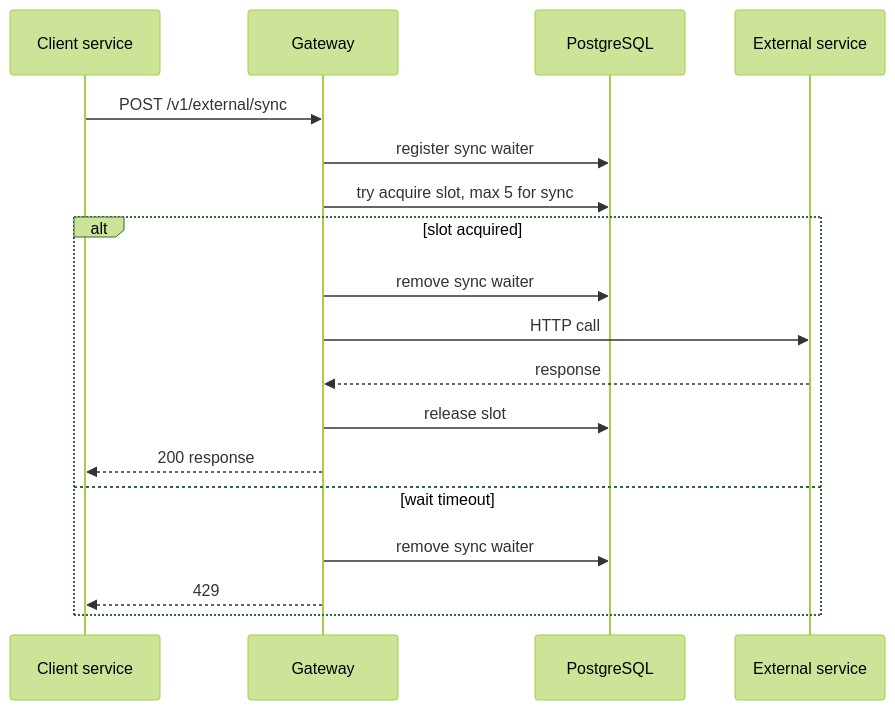
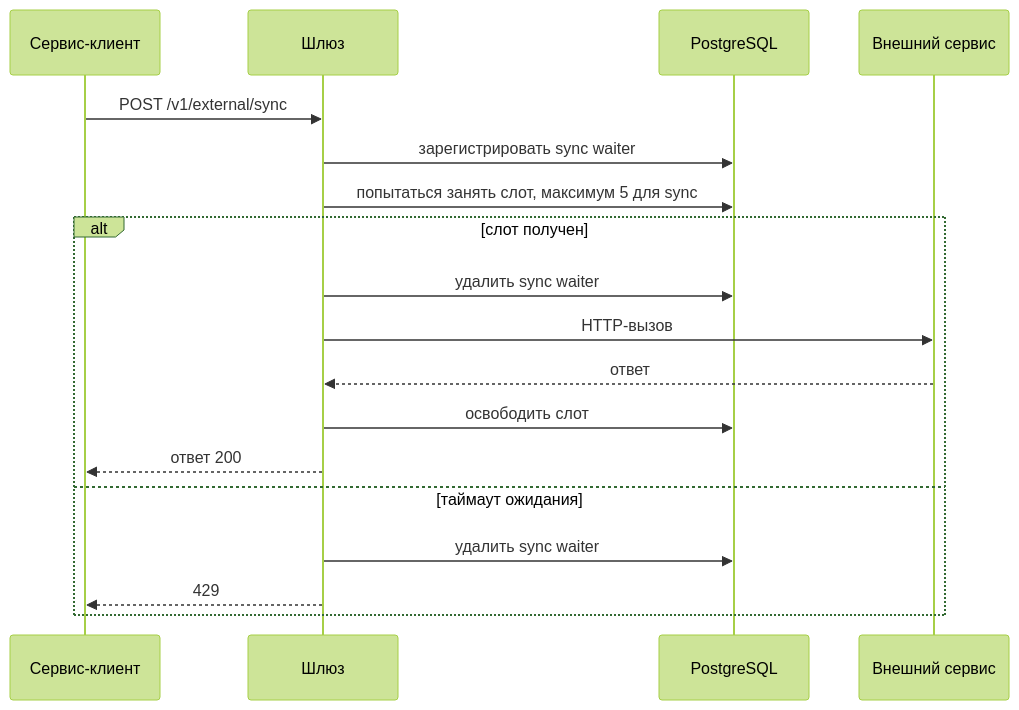
The second of 4 diagrams in docs/external-service-gateway/README.md (DenisVanin4402/TestQwenCli), drawn with Mermaid (forest theme) before and after one commit. The commit also changed other lines of this file and 17 other files, not shown here.

````diff
--- a/docs/external-service-gateway/README.md
+++ b/docs/external-service-gateway/README.md
@@ -135,21 +135,21 @@
 ```mermaid
 sequenceDiagram
-    participant C as Client service
-    participant G as Gateway
+    participant C as Сервис-клиент
+    participant G as Шлюз
     participant DB as PostgreSQL
-    participant E as External service
+    participant E as Внешний сервис
 
     C->>G: POST /v1/external/sync
-    G->>DB: register sync waiter
-    G->>DB: try acquire slot, max 5 for sync
-    alt slot acquired
-        G->>DB: remove sync waiter
-        G->>E: HTTP call
-        E-->>G: response
-        G->>DB: release slot
-        G-->>C: 200 response
-    else wait timeout
-        G->>DB: remove sync waiter
+    G->>DB: зарегистрировать sync waiter
+    G->>DB: попытаться занять слот, максимум 5 для sync
+    alt слот получен
+        G->>DB: удалить sync waiter
+        G->>E: HTTP-вызов
+        E-->>G: ответ
+        G->>DB: освободить слот
+        G-->>C: ответ 200
+    else таймаут ожидания
+        G->>DB: удалить sync waiter
         G-->>C: 429
     end
 ```
````
